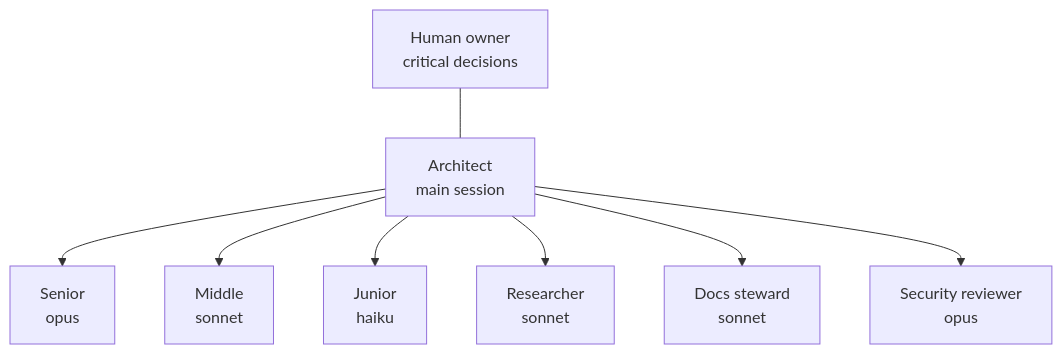
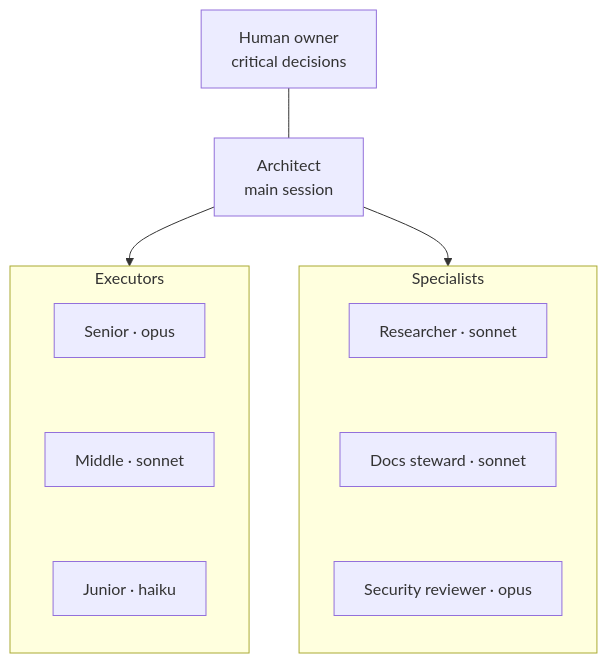
The first of 2 diagrams in docs/engineering/ai/index.md (robotoss/rivqen), drawn with Mermaid before and after one commit. The commit also changed 27 other files, not shown here.

````diff
--- a/docs/engineering/ai/index.md
+++ b/docs/engineering/ai/index.md
@@ -21,10 +21,14 @@
 ```mermaid
 flowchart TD
   H[Human owner<br/>critical decisions] --- A[Architect<br/>main session]
-  A --> S[Senior<br/>opus]
-  A --> M[Middle<br/>sonnet]
-  A --> J[Junior<br/>haiku]
-  A --> R[Researcher<br/>sonnet]
-  A --> D[Docs steward<br/>sonnet]
-  A --> X[Security reviewer<br/>opus]
+  A --> E
+  A --> X
+  subgraph E[Executors]
+    direction TB
+    S[Senior · opus] ~~~ M[Middle · sonnet] ~~~ J[Junior · haiku]
+  end
+  subgraph X[Specialists]
+    direction TB
+    R[Researcher · sonnet] ~~~ D[Docs steward · sonnet] ~~~ SR[Security reviewer · opus]
+  end
 ```
````
